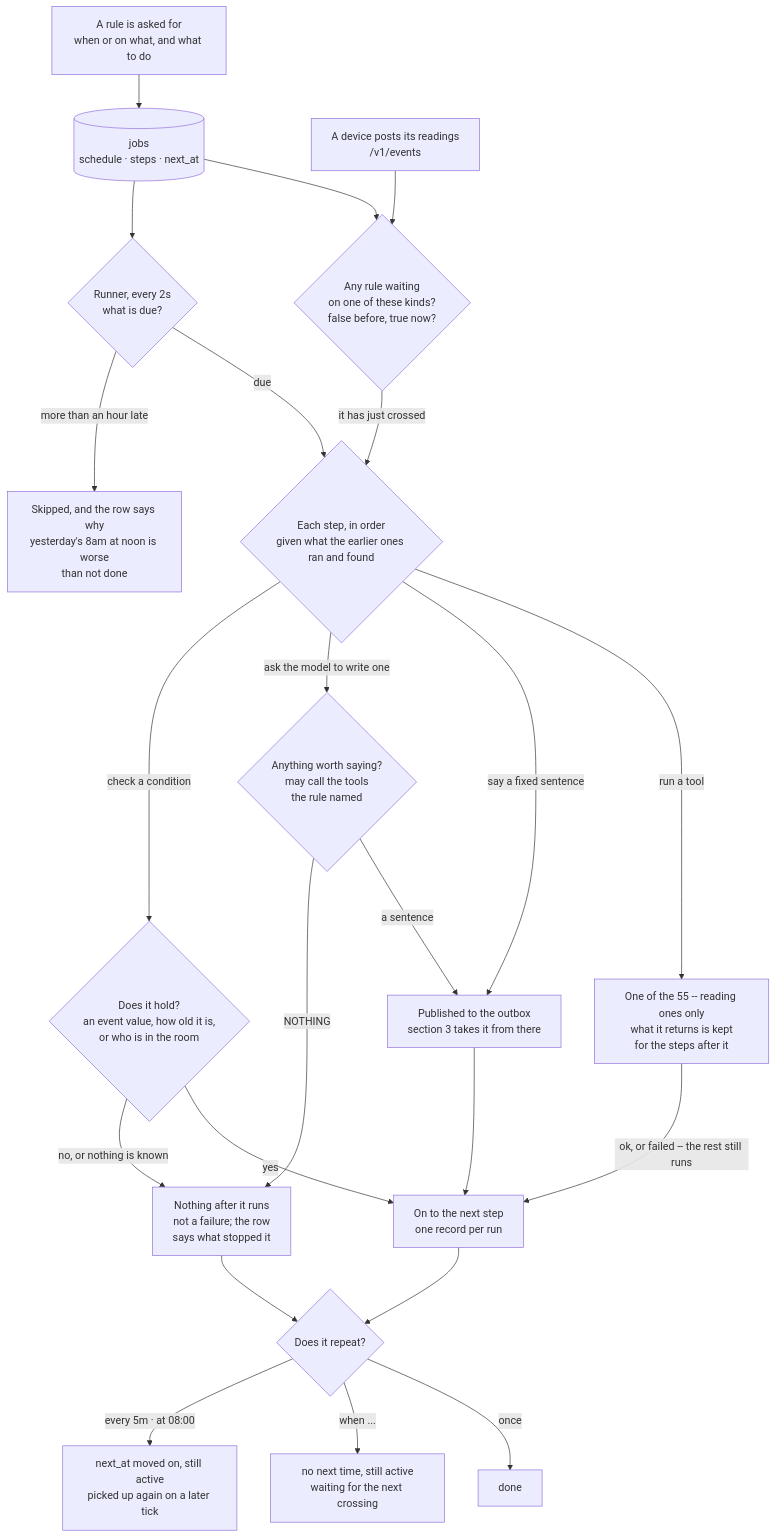
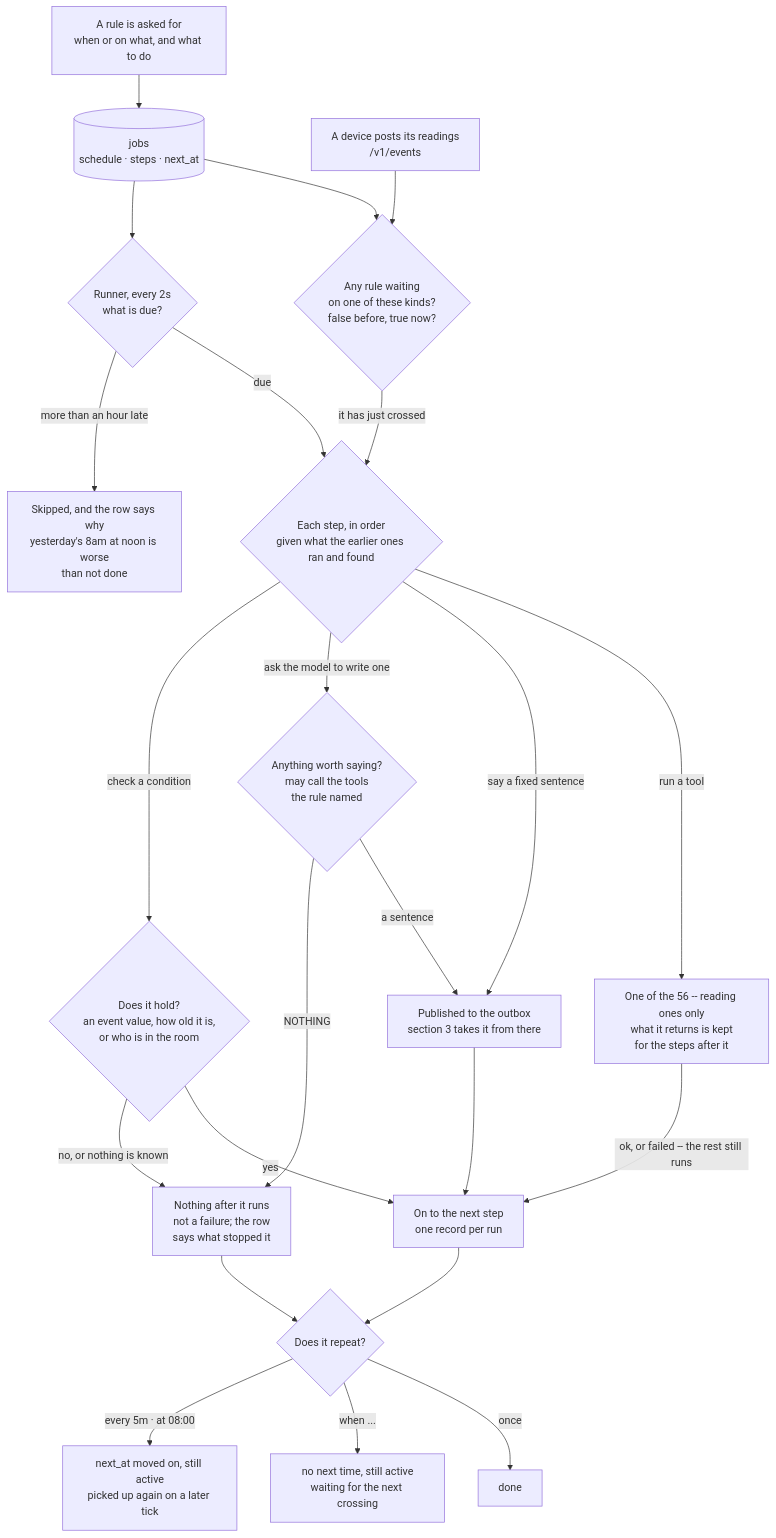
One commit to DhanushRamesh/personal-assistant changed the fifth of 5 diagrams in FEATURES.md. Above: the diagram before and after it, drawn with Mermaid. The commit also changed other lines of this file and 6 other files, not shown here.

````diff
--- a/FEATURES.md
+++ b/FEATURES.md
@@ -274,33 +275,33 @@
 ```mermaid
 flowchart TB
     ASK["A rule is asked for<br/>when or on what, and what to do"] --> ROW[("jobs<br/>schedule · steps · next_at")]
 
     ROW --> TICK{"Runner, every 2s<br/>what is due?"}
     TICK -- "more than an hour late" --> SKIP["Skipped, and the row says why<br/>yesterday's 8am at noon is worse<br/>than not done"]
     TICK -- "due" --> WHAT
 
     READ["A device posts its readings<br/>/v1/events"] --> CROSS{"Any rule waiting<br/>on one of these kinds?<br/>false before, true now?"}
     ROW --> CROSS
     CROSS -- "it has just crossed" --> WHAT
 
     WHAT{"Each step, in order<br/>given what the earlier ones ran and found"}
     WHAT -- "check a condition" --> GATE{"Does it hold?<br/>an event value, how old it is,<br/>or who is in the room"}
     WHAT -- "ask the model to write one" --> MODEL{"Anything worth saying?<br/>may call the tools<br/>the rule named"}
     WHAT -- "say a fixed sentence" --> OUT["Published to the outbox<br/>section 3 takes it from there"]
-    WHAT -- "run a tool" --> TOOL["One of the 55 -- reading ones only<br/>what it returns is kept<br/>for the steps after it"]
+    WHAT -- "run a tool" --> TOOL["One of the 56 -- reading ones only<br/>what it returns is kept<br/>for the steps after it"]
 
     GATE -- "no, or nothing is known" --> STOP["Nothing after it runs<br/>not a failure; the row<br/>says what stopped it"]
     MODEL -- "NOTHING" --> STOP
     MODEL -- "a sentence" --> OUT
     GATE -- "yes" --> ON
     OUT --> ON
     TOOL -- "ok, or failed -- the rest still runs" --> ON
 
     ON["On to the next step<br/>one record per run"] --> END
     STOP --> END
 
     END{"Does it repeat?"}
     END -- "every 5m · at 08:00" --> AGAIN["next_at moved on, still active<br/>picked up again on a later tick"]
     END -- "when ..." --> WAITS["no next time, still active<br/>waiting for the next crossing"]
     END -- "once" --> DONE["done"]
 ```
````
